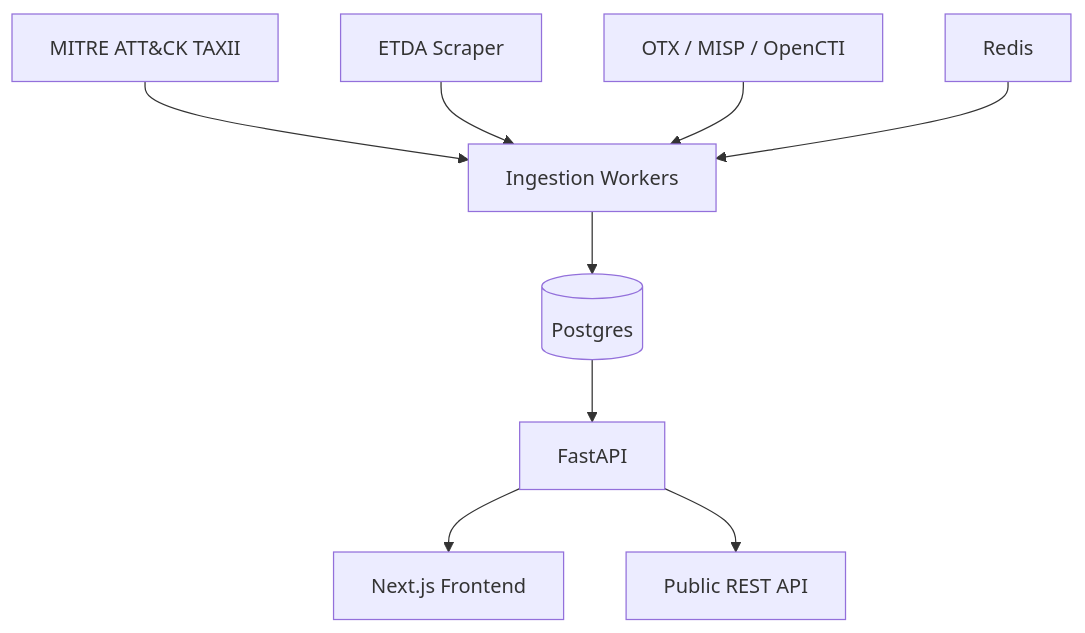
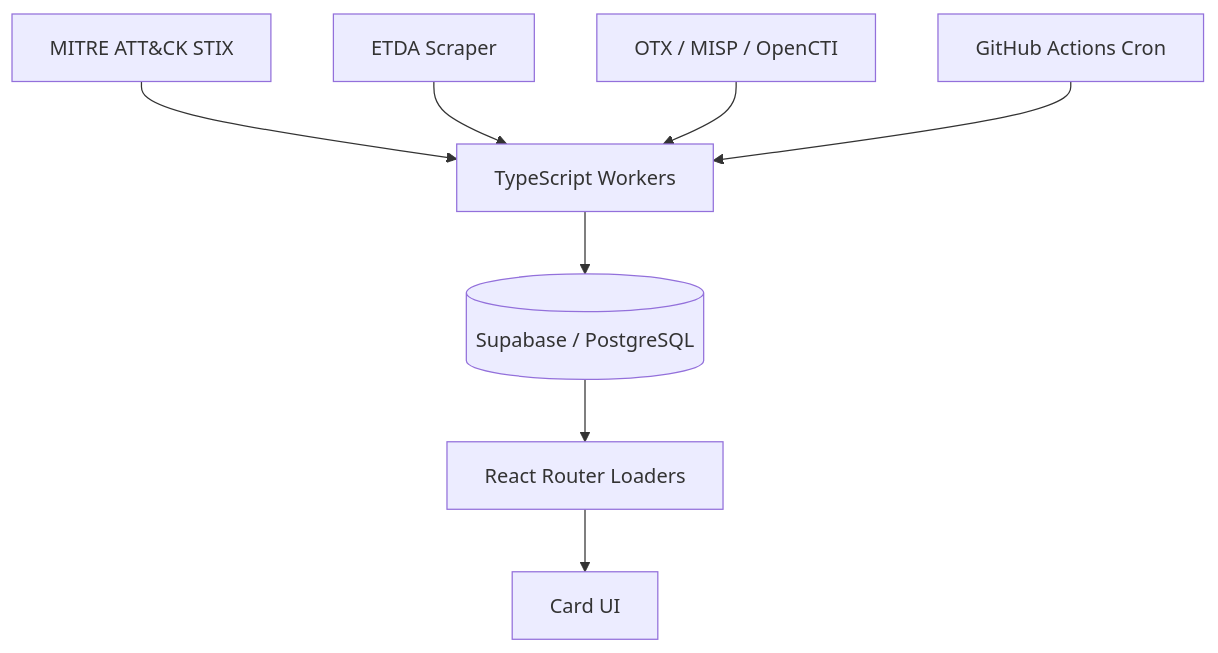
Before and after one commit to adilio/threatdex: the diagram in README.md, drawn with Mermaid. The commit also changed other lines of this file and 5 other files, not shown here.

First line of the commit message:
docs: update all docs to reflect simplified TypeScript + Supabase stack

````diff
--- a/README.md
+++ b/README.md
@@ -103,11 +116,10 @@
 ```mermaid
 graph TD
-    A[MITRE ATT&CK TAXII] --> D[Ingestion Workers]
+    A[MITRE ATT&CK STIX] --> D[TypeScript Workers]
     B[ETDA Scraper] --> D
     C[OTX / MISP / OpenCTI] --> D
-    D --> E[(Postgres)]
-    E --> F[FastAPI]
-    F --> G[Next.js Frontend]
-    F --> H[Public REST API]
-    I[Redis] --> D
+    D --> E[(Supabase / PostgreSQL)]
+    E --> F[React Router Loaders]
+    F --> G[Card UI]
+    H[GitHub Actions Cron] --> D
 ```
````
